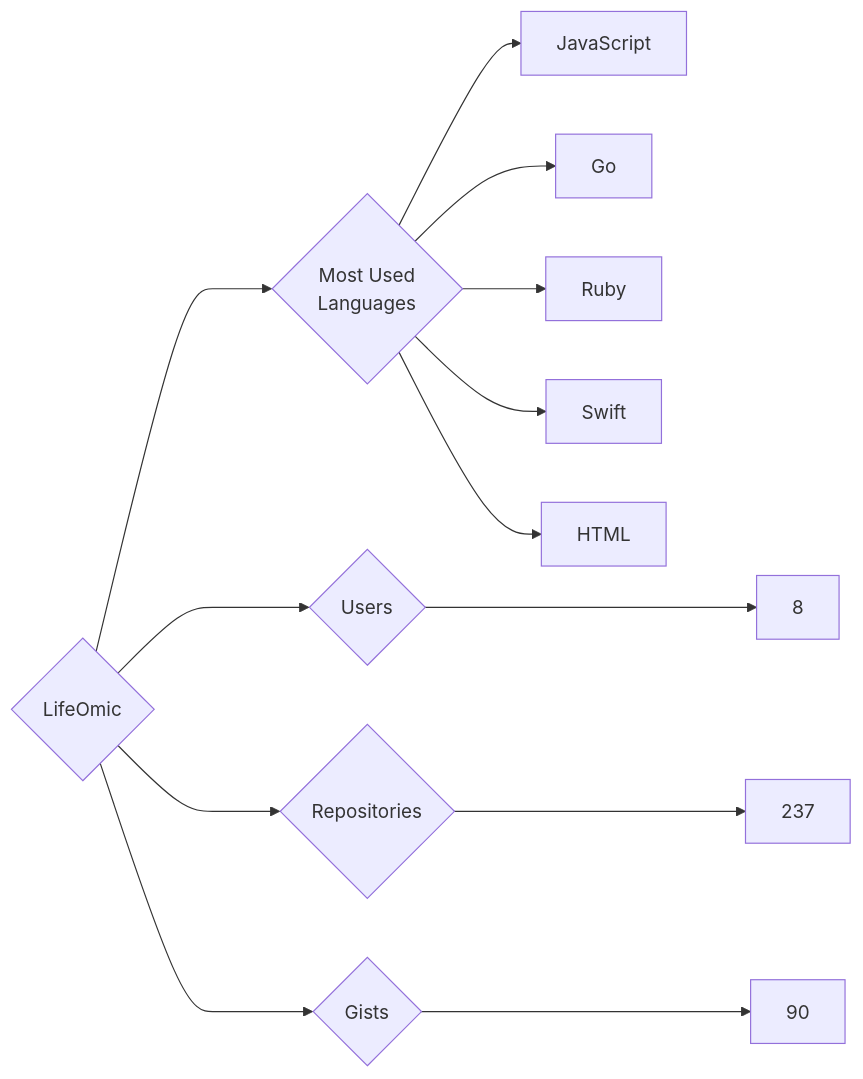
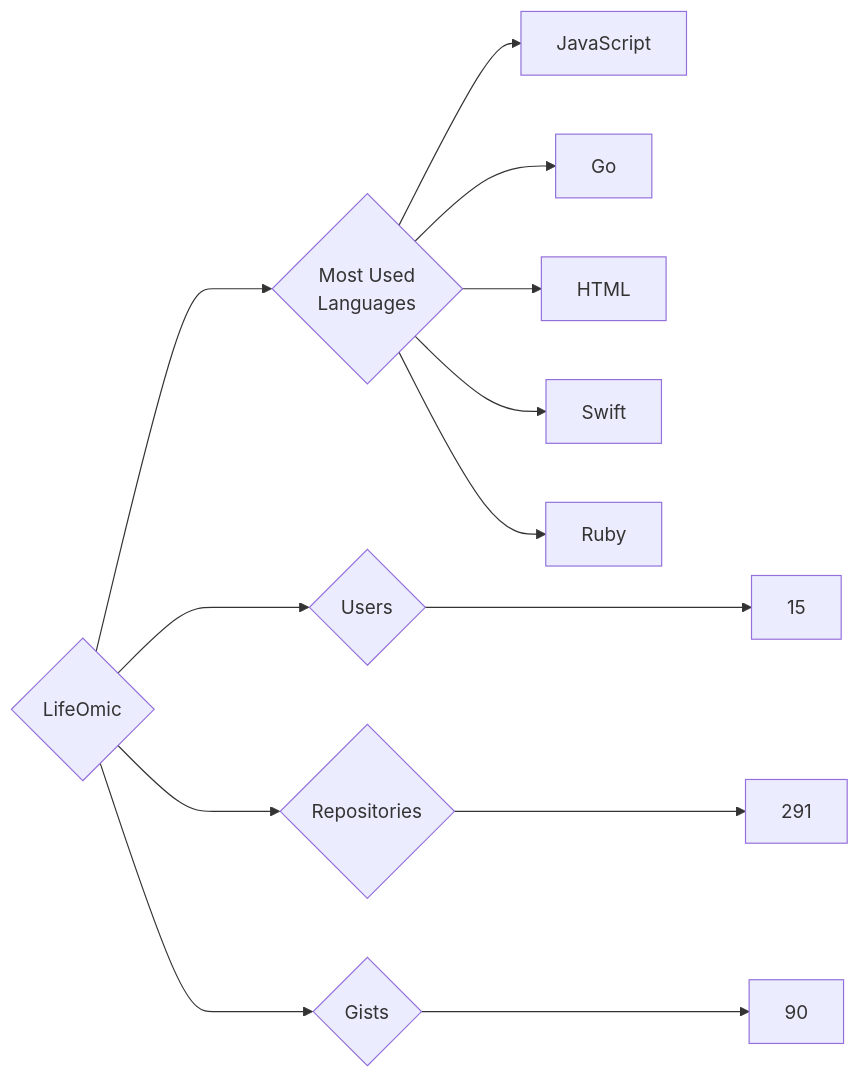
One commit to trickest/insiders changed the diagram in targets/LifeOmic/README.md. Above: the diagram before and after it, drawn with Mermaid. The commit also changed 723 other files, not shown here.

````diff
--- a/targets/LifeOmic/README.md
+++ b/targets/LifeOmic/README.md
@@ -3,13 +3,13 @@
 ```mermaid
 graph LR
 COMPANY_NAME{LifeOmic}
-COMPANY_NAME ---> U{Users} ---> UN[8]
-COMPANY_NAME ---> R{Repositories} ---> RN[237]
+COMPANY_NAME ---> U{Users} ---> UN[15]
+COMPANY_NAME ---> R{Repositories} ---> RN[291]
 COMPANY_NAME ---> G{Gists} ---> GN[90]
 COMPANY_NAME ---> ML{Most Used<br>Languages}
 ML --> JavaScript[JavaScript]
 ML --> Go[Go]
+ML --> HTML[HTML]
+ML --> Swift[Swift]
 ML --> Ruby[Ruby]
-ML --> Swift[Swift]
-ML --> HTML[HTML]
 ```
````
